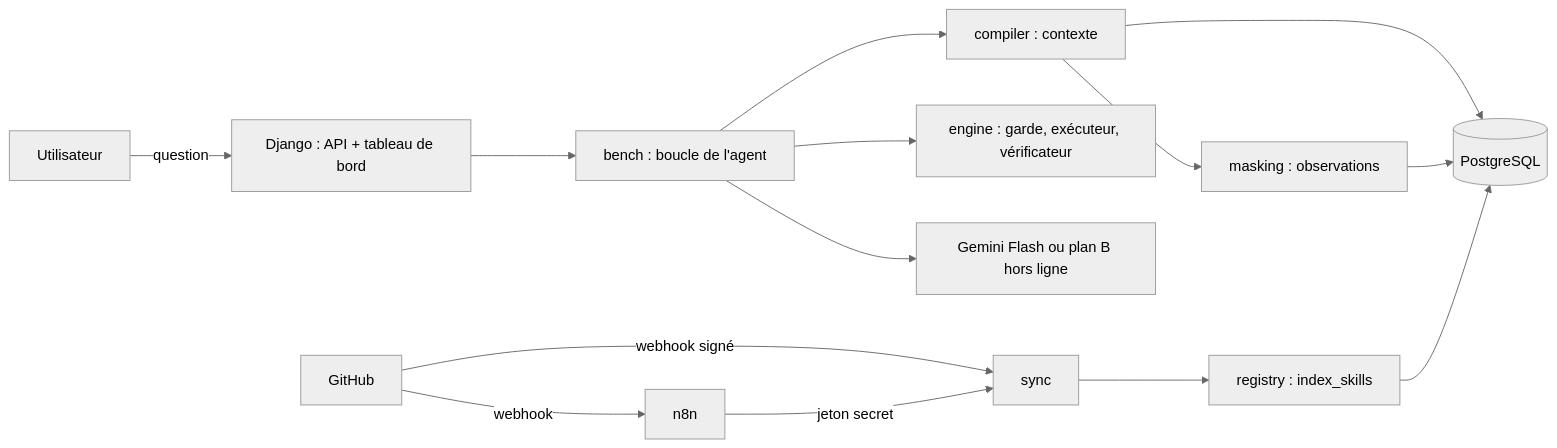
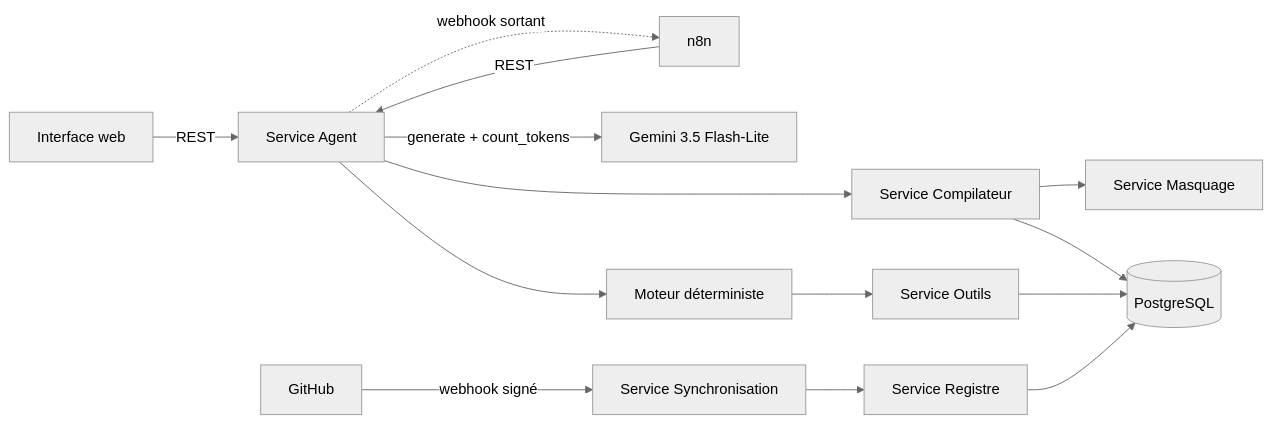
Before and after one commit to lajiliali2077-bit/SOA1-AGENTS: the diagram in README.md, drawn with Mermaid (neutral theme). The commit also changed other lines of this file and 130 other files, not shown here.

Commit message:
Repenser le projet pour gemini-flash

````diff
--- a/README.md
+++ b/README.md
@@ -93,15 +112,15 @@
 ```mermaid
 flowchart LR
-    U[Utilisateur] -->|question| API[Django : API + tableau de bord]
-    API --> BENCH[bench : boucle de l'agent]
-    BENCH --> COMP[compiler : contexte]
-    BENCH --> ENG[engine : garde, exécuteur, vérificateur]
-    BENCH --> LLM[Gemini Flash ou plan B hors ligne]
-    COMP --> MASK[masking : observations]
+    UI[Interface web] -->|REST| AGENT[Service Agent]
+    N8N[n8n] -->|REST| AGENT
+    AGENT --> COMP[Service Compilateur]
+    AGENT -->|generate + count_tokens| GEMINI[Gemini 3.5 Flash-Lite]
+    AGENT --> ENG[Moteur déterministe]
+    ENG --> TOOLS[Service Outils]
+    COMP --> MASK[Service Masquage]
     COMP --> DB[(PostgreSQL)]
-    MASK --> DB
-    REG[registry : index_skills] --> DB
-    GH[GitHub] -->|webhook signé| SYNC[sync]
-    GH -->|webhook| N8N[n8n] -->|jeton secret| SYNC
-    SYNC --> REG
+    TOOLS --> DB
+    AGENT -.->|webhook sortant| N8N
+    GH[GitHub] -->|webhook signé| SYNC[Service Synchronisation]
+    SYNC --> REG[Service Registre] --> DB
 ```
````
